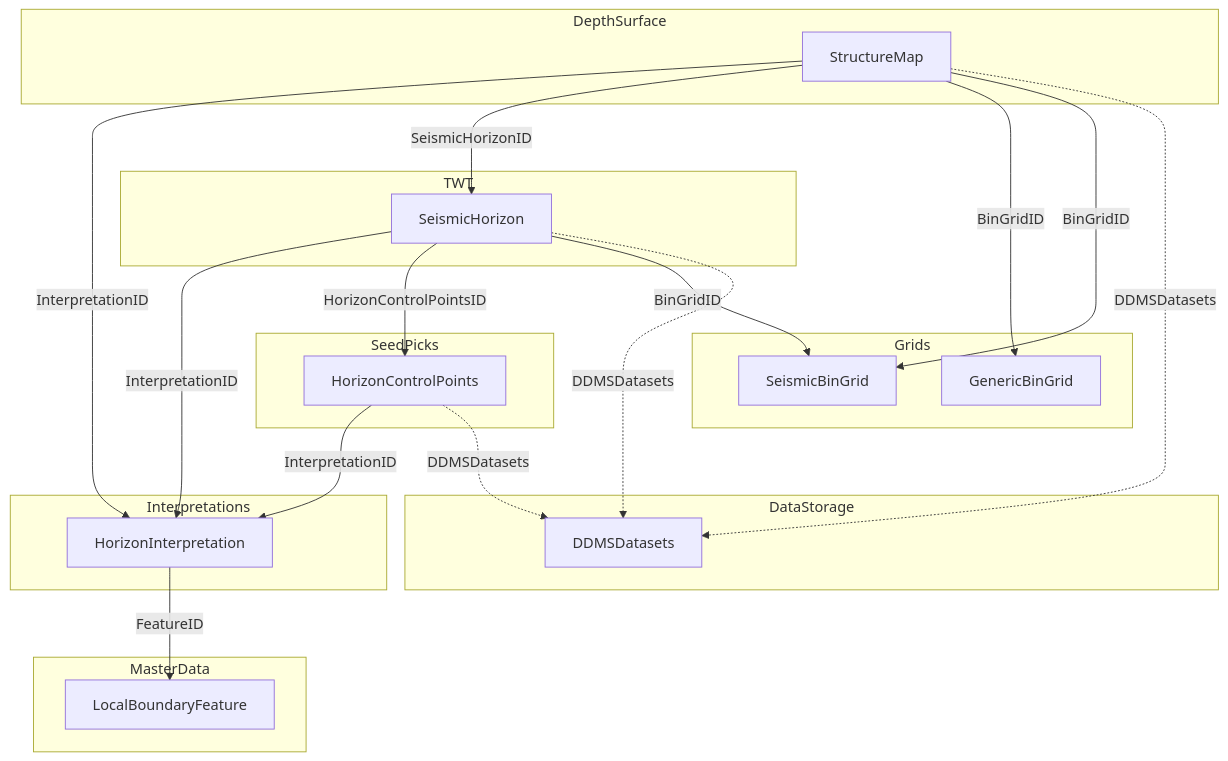
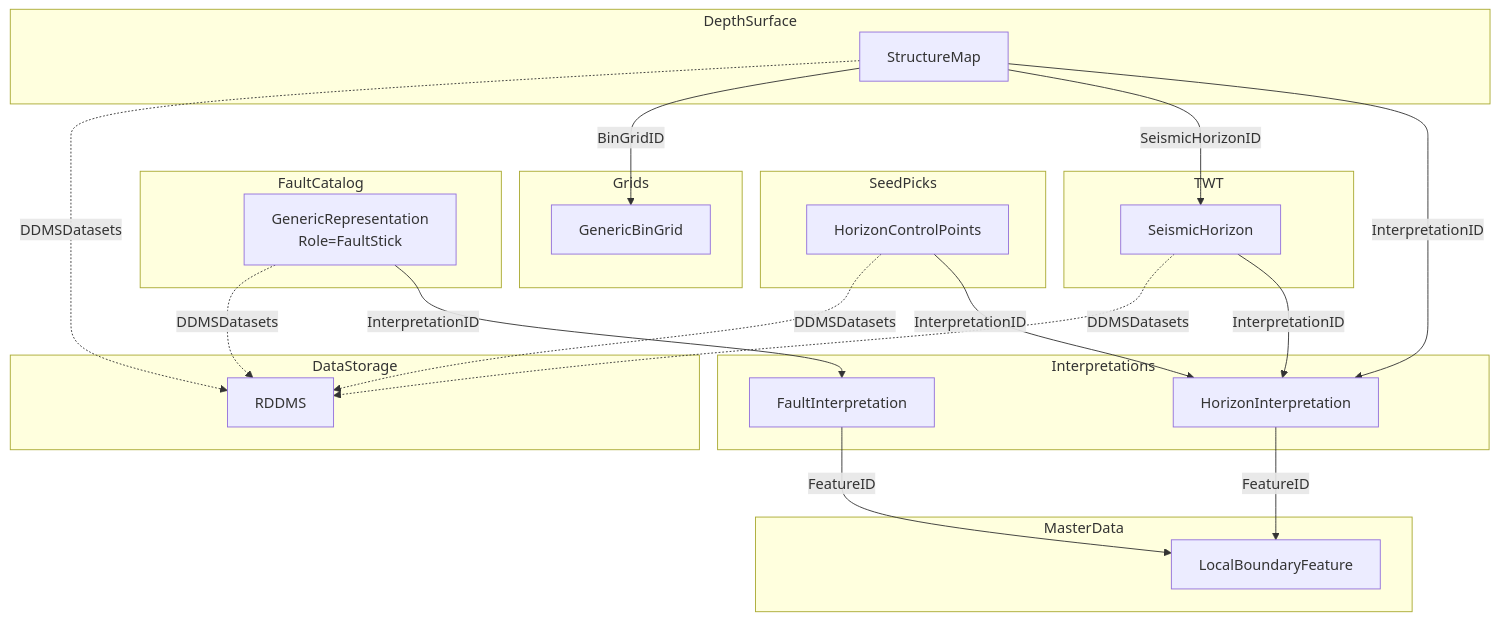
Before and after one commit to marcusapel/ores: the third of 8 diagrams in md/SeisInt.md, drawn with Mermaid. The commit also changed other lines of this file and 22 other files, not shown here.

````diff
--- a/md/SeisInt.md
+++ b/md/SeisInt.md
@@ -124,38 +115,41 @@
 ```mermaid
 graph TD
     subgraph MasterData
         BF[LocalBoundaryFeature]
     end
     subgraph Interpretations
         HI[HorizonInterpretation]
+        FI[FaultInterpretation]
     end
     subgraph SeedPicks
         HCP[HorizonControlPoints]
     end
     subgraph TWT
         SH[SeismicHorizon]
     end
     subgraph DepthSurface
         SM[StructureMap]
     end
+    subgraph FaultCatalog
+        FR[GenericRepresentation<br/>Role=FaultStick]
+    end
     subgraph Grids
-        SBG[SeismicBinGrid]
         GBG[GenericBinGrid]
     end
     subgraph DataStorage
-        DS[DDMSDatasets]
+        DS[RDDMS]
     end
 
     HI -->|FeatureID| BF
+    FI -->|FeatureID| BF
     SH -->|InterpretationID| HI
-    SH -->|HorizonControlPointsID| HCP
-    SH -->|BinGridID| SBG
     SM -->|InterpretationID| HI
     SM -->|SeismicHorizonID| SH
     SM -->|BinGridID| GBG
-    SM -->|BinGridID| SBG
     HCP -->|InterpretationID| HI
+    FR -->|InterpretationID| FI
     SH -.->|DDMSDatasets| DS
     SM -.->|DDMSDatasets| DS
     HCP -.->|DDMSDatasets| DS
+    FR -.->|DDMSDatasets| DS
 ```
````
